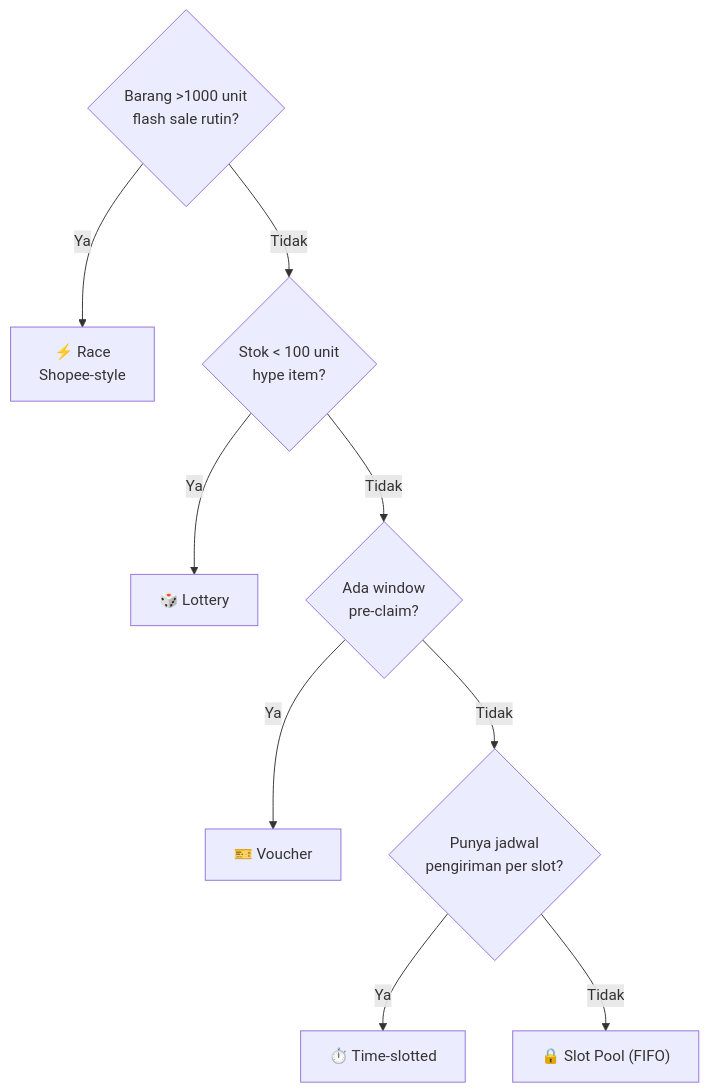
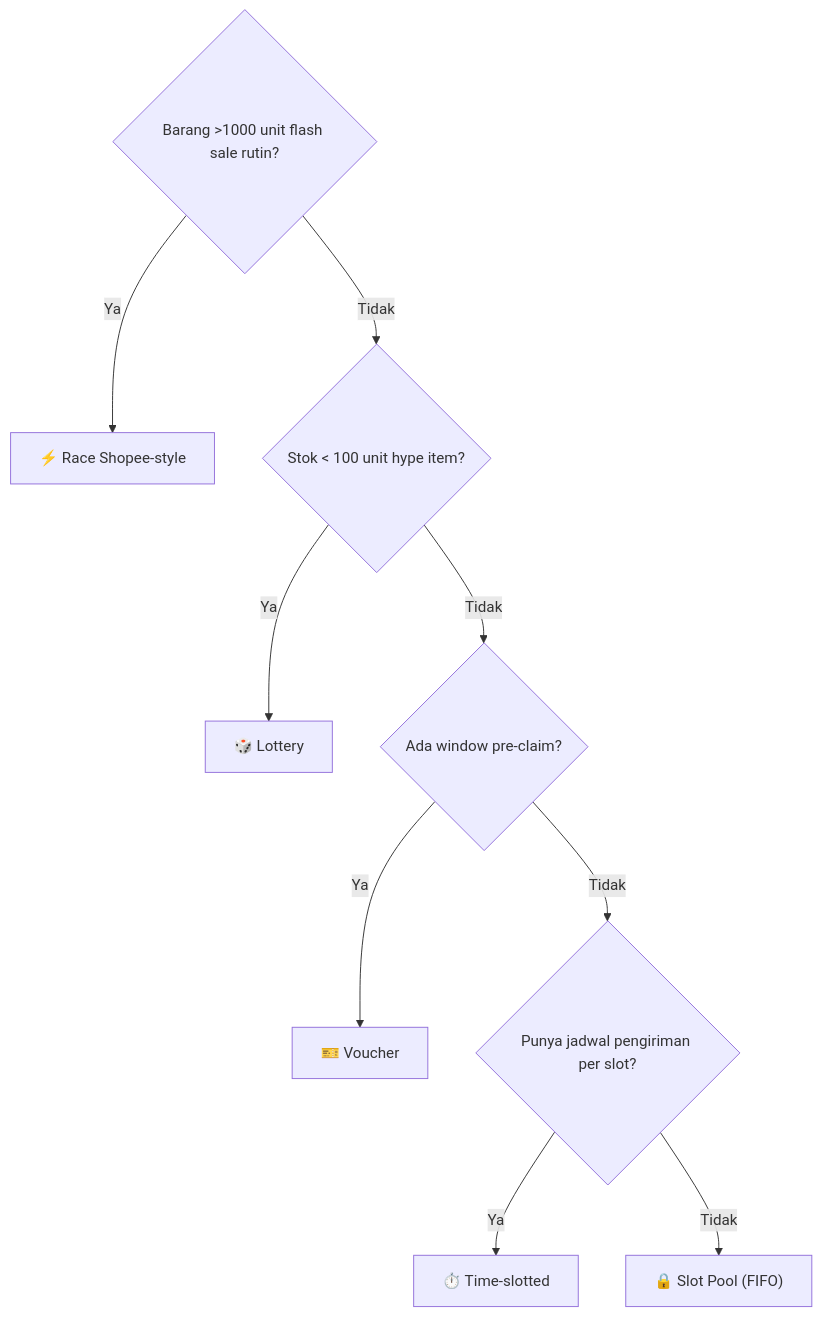
One commit to faisalaffan/faisalaffan-design-system changed the sixth of 14 diagrams in book/id/08-qcommerce/flash-sale.md. Above: the diagram before and after it, drawn with Mermaid.

Commit message:
fix(docs): add FNV-1a rationale + Time-slotted concurrency/release explanation
Clarify FNV-1a vs SHA-256 (speed), -1a variant (XOR before multiply),
bucket independence (no sync needed), and that Time-slotted requires
Slot Pool safety nets for concurrency control and release flow.

````diff
--- a/book/id/08-qcommerce/flash-sale.md
+++ b/book/id/08-qcommerce/flash-sale.md
@@ -102,11 +102,11 @@
 ```mermaid
 flowchart TD
-    Q0{"Barang >1000 unit<br/>flash sale rutin?"} -->|Ya| R["⚡ Race<br/>Shopee-style"]
-    Q0 -->|Tidak| Q1{"Stok < 100 unit<br/>hype item?"}
+    Q0{"Barang >1000 unit flash sale rutin?"} -->|Ya| R["⚡ Race Shopee-style"]
+    Q0 -->|Tidak| Q1{"Stok < 100 unit hype item?"}
     Q1 -->|Ya| L["🎲 Lottery"]
-    Q1 -->|Tidak| Q3{"Ada window<br/>pre-claim?"}
+    Q1 -->|Tidak| Q3{"Ada window pre-claim?"}
     Q3 -->|Ya| V["🎫 Voucher"]
-    Q3 -->|Tidak| Q4{"Punya jadwal<br/>pengiriman per slot?"}
+    Q3 -->|Tidak| Q4{"Punya jadwal pengiriman per slot?"}
     Q4 -->|Ya| T["⏱️ Time-slotted"]
     Q4 -->|Tidak| S["🔒 Slot Pool (FIFO)"]
 ```
````
